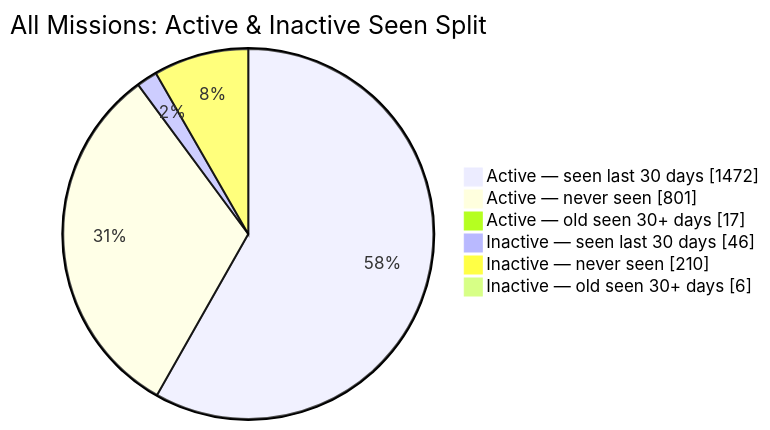
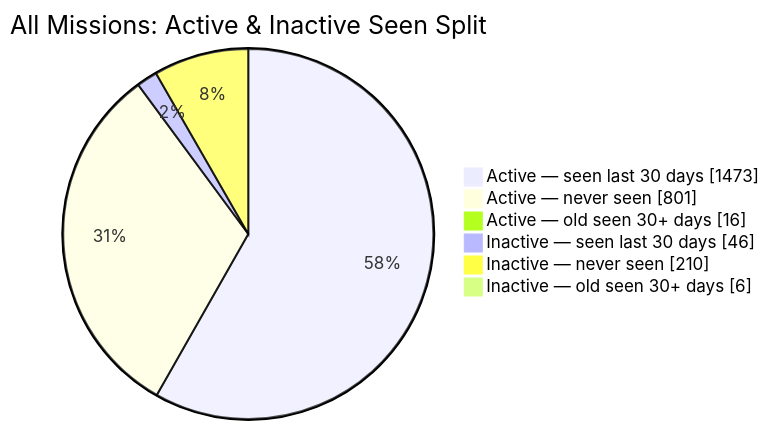
Before and after one commit to MeldkamerspelGameTeam/active-missions: the second of 2 diagrams in README.md, drawn with Mermaid. The commit also changed other lines of this file and 3 other files, not shown here.

````diff
--- a/README.md
+++ b/README.md
@@ -44,10 +44,10 @@
 ```mermaid
 pie showData
     title All Missions: Active & Inactive Seen Split
-    "Active — seen last 30 days" : 1472
+    "Active — seen last 30 days" : 1473
     "Active — never seen" : 801
-    "Active — old seen 30+ days" : 17
+    "Active — old seen 30+ days" : 16
     "Inactive — seen last 30 days" : 46
     "Inactive — never seen" : 210
     "Inactive — old seen 30+ days" : 6
 ```
````
